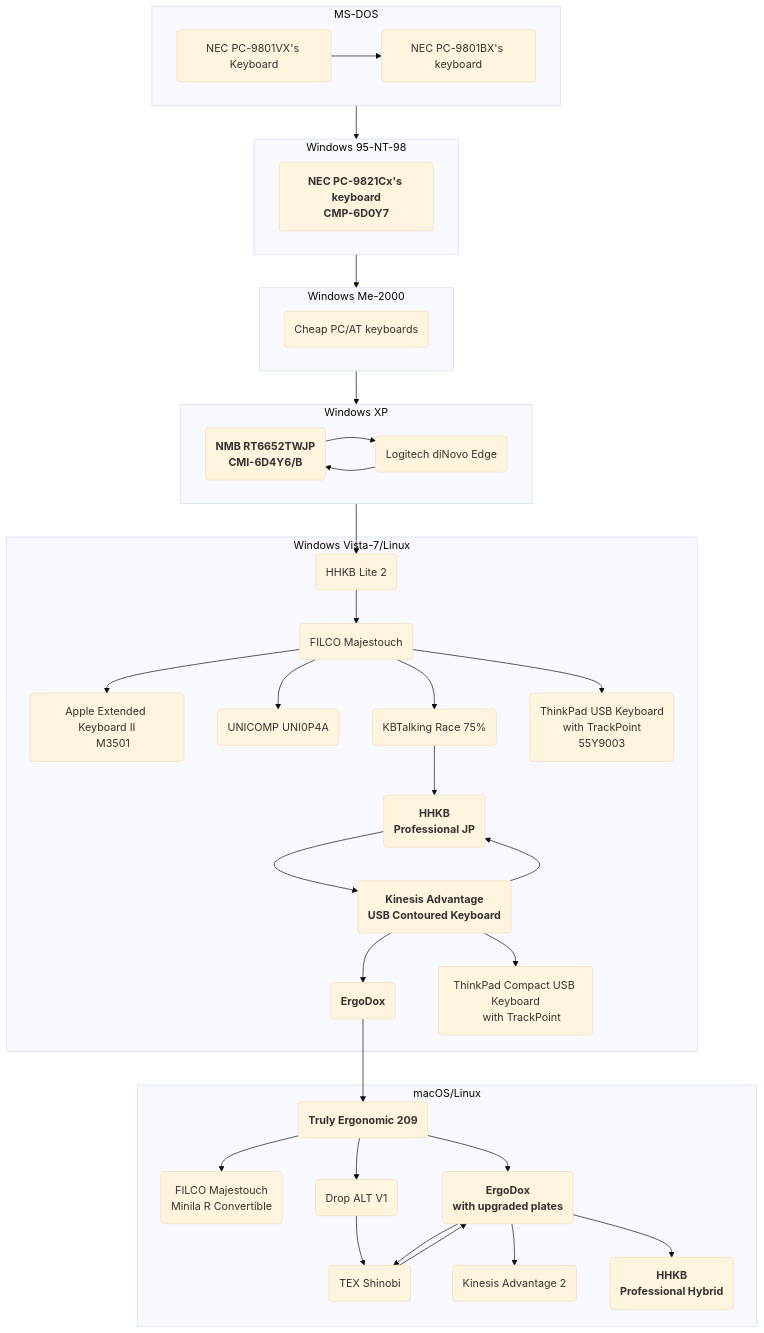
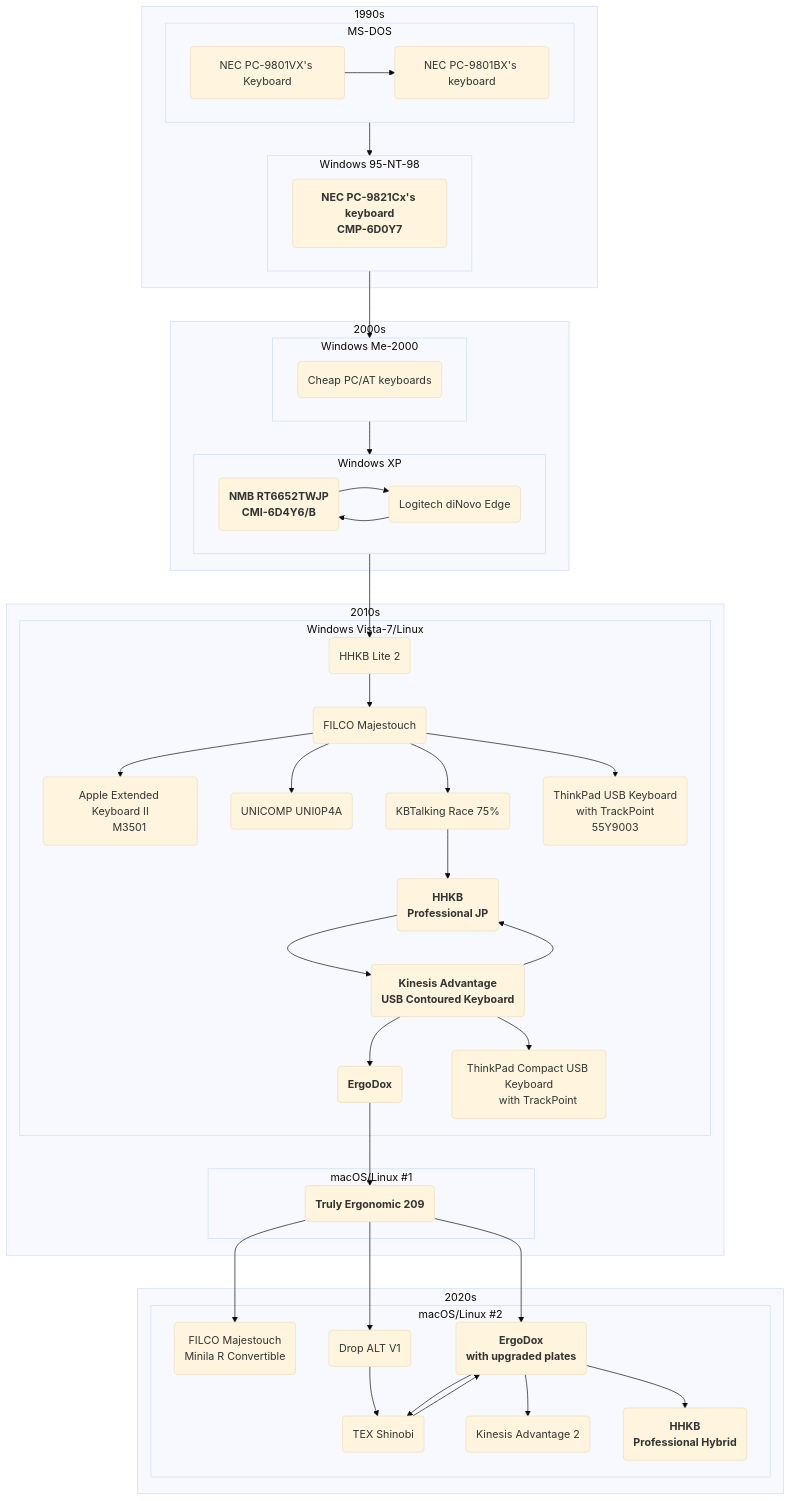
One commit to sumibi-yakitori/sumibi-yakitori changed the diagram in hid.md. Above: the diagram before and after it, drawn with Mermaid (base theme).

````diff
--- a/hid.md
+++ b/hid.md
@@ -19,64 +19,76 @@
 ```mermaid
 flowchart TB;
-  subgraph MS-DOS
-    direction LR
+  subgraph 1990s
+    subgraph MS-DOS
+      direction LR
 
-    pc9801vx(NEC PC-9801VX's Keyboard)-->pc9801bx(NEC PC-9801BX's keyboard);
+      pc9801vx(NEC PC-9801VX's Keyboard)-->pc9801bx(NEC PC-9801BX's keyboard);
+    end
+    
+    subgraph Windows 95-NT-98
+      direction LR
+
+      pc9801bx-->pc9821cx13("`**NEC PC-9821Cx's keyboard
+      CMP-6D0Y7**`");
+    end
   end
   
-  subgraph Windows 95-NT-98
-    direction LR
+  subgraph 2000s
+    subgraph Windows Me-2000
+      direction LR
 
-    pc9801bx-->pc9821cx13("`**NEC PC-9821Cx's keyboard
-    CMP-6D0Y7**`");
+      pc9821cx13-->pcat1(Cheap PC/AT keyboards);
+    end
+    
+    subgraph Windows XP
+      direction LR
+
+      pcat1-->nmb;
+      nmb("`**NMB RT6652TWJP
+      CMI-6D4Y6/B**`")-->Logitech(Logitech diNovo Edge)-->nmb;
+    end
   end
   
-  subgraph Windows Me-2000
-    direction LR
+  subgraph 2010s
+    subgraph Windows Vista-7/Linux
+      nmb-->hhkb-lite(HHKB Lite 2);
+      hhkb-lite-->filco-m(FILCO Majestouch);
+      filco-m-->ae-kb("Apple Extended Keyboard II
+      M3501");
+      filco-m-->unicomp(UNICOMP UNI0P4A);
+      filco-m-->race(KBTalking Race 75%);
+      filco-m-->thinkpad1("ThinkPad USB Keyboard
+      with TrackPoint
+      55Y9003");
+      race-->hhkb-pro-jp("`**HHKB
+      Professional JP**`");
+      hhkb-pro-jp-->kinesis-a("`**Kinesis Advantage
+      USB Contoured Keyboard**`");
+      kinesis-a-->hhkb-pro-jp;
+      kinesis-a-->ergodox1("`**ErgoDox**`");
+      kinesis-a-->thinkpad2("ThinkPad Compact USB Keyboard
+      with TrackPoint");
+    end
 
-    pc9821cx13-->pcat1(Cheap PC/AT keyboards);
+    subgraph macOS/Linux #1
+      ergodox1-->teck("`**Truly Ergonomic 209**`");
+    end
   end
   
-  subgraph Windows XP
-    direction LR
 
-    pcat1-->nmb;
-    nmb("`**NMB RT6652TWJP
-    CMI-6D4Y6/B**`")-->Logitech(Logitech diNovo Edge)-->nmb;
-  end
-  
-  subgraph Windows Vista-7/Linux
-    nmb-->hhkb-lite(HHKB Lite 2);
-    hhkb-lite-->filco-m(FILCO Majestouch);
-    filco-m-->ae-kb("Apple Extended Keyboard II
-    M3501");
-    filco-m-->unicomp(UNICOMP UNI0P4A);
-    filco-m-->race(KBTalking Race 75%);
-    filco-m-->thinkpad1("ThinkPad USB Keyboard
-    with TrackPoint
-    55Y9003");
-    race-->hhkb-pro-jp("`**HHKB
-    Professional JP**`");
-    hhkb-pro-jp-->kinesis-a("`**Kinesis Advantage
-    USB Contoured Keyboard**`");
-    kinesis-a-->hhkb-pro-jp;
-    kinesis-a-->ergodox1("`**ErgoDox**`");
-    kinesis-a-->thinkpad2("ThinkPad Compact USB Keyboard
-    with TrackPoint");
-  end
-  
-  subgraph macOS/Linux
-    ergodox1-->teck("`**Truly Ergonomic 209**`");
-    teck-->filco-minila-r("FILCO Majestouch
-    Minila R Convertible");
-    teck-->ergodox2("`**ErgoDox
-    with upgraded plates**`");
-    teck-->drop-alt(Drop ALT V1);
-    drop-alt-->shinobi;
-    ergodox2-->shinobi(TEX Shinobi);
-    shinobi-->ergodox2
-    ergodox2-->kinesis-a2(Kinesis Advantage 2);
-    ergodox2-->hhkb-hybrid("`**HHKB
-    Professional Hybrid**`");
+  subgraph 2020s
+    subgraph macOS/Linux #2
+      teck-->filco-minila-r("FILCO Majestouch
+      Minila R Convertible");
+      teck-->ergodox2("`**ErgoDox
+      with upgraded plates**`");
+      teck-->drop-alt(Drop ALT V1);
+      drop-alt-->shinobi;
+      ergodox2-->shinobi(TEX Shinobi);
+      shinobi-->ergodox2
+      ergodox2-->kinesis-a2(Kinesis Advantage 2);
+      ergodox2-->hhkb-hybrid("`**HHKB
+      Professional Hybrid**`");
+    end
   end
 ```
````
